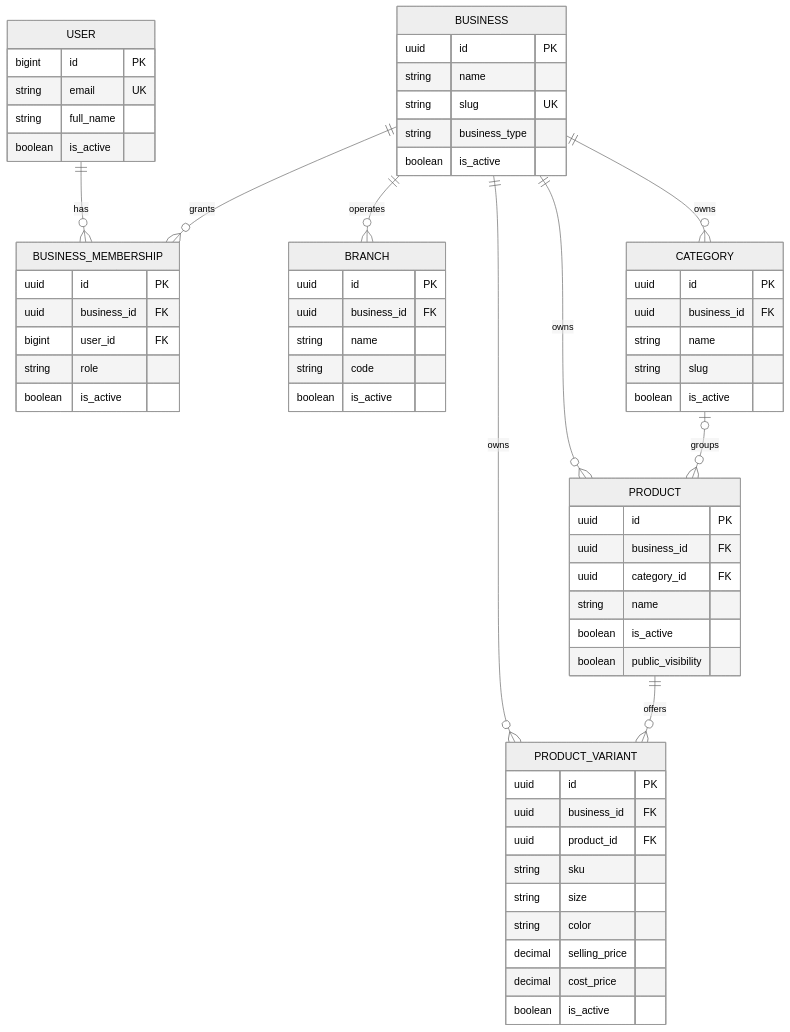
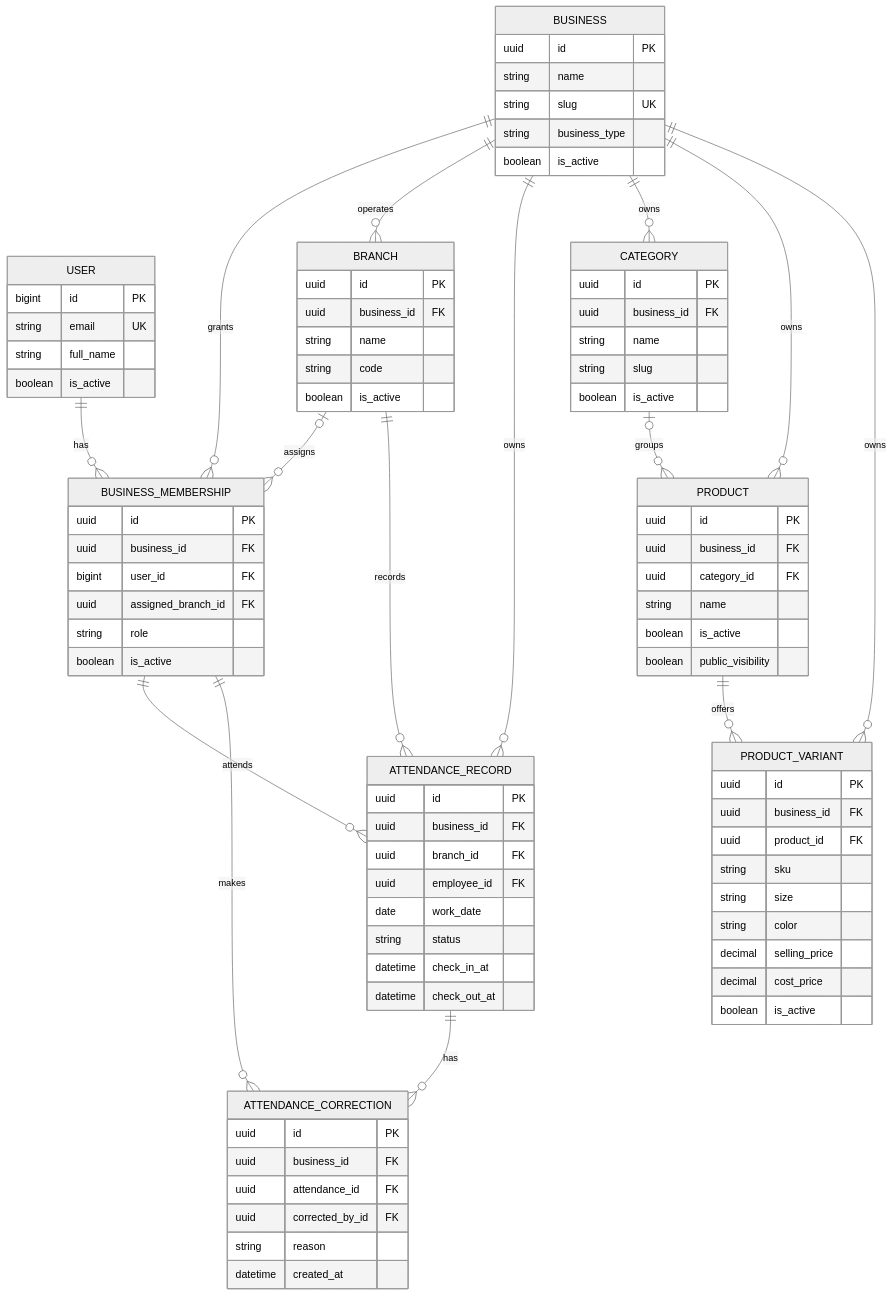
One commit to gutudgithub/Ife_Digital_Solution_V2 changed the diagram in docs/data-model.md. Above: the diagram before and after it, drawn with Mermaid (neutral theme). The commit also changed other lines of this file and 31 other files, not shown here.

```diff
--- a/docs/data-model.md
+++ b/docs/data-model.md
@@ -7,6 +7,12 @@
     USER ||--o{ BUSINESS_MEMBERSHIP : has
     BUSINESS ||--o{ BUSINESS_MEMBERSHIP : grants
     BUSINESS ||--o{ BRANCH : operates
+    BRANCH o|--o{ BUSINESS_MEMBERSHIP : assigns
+    BUSINESS ||--o{ ATTENDANCE_RECORD : owns
+    BRANCH ||--o{ ATTENDANCE_RECORD : records
+    BUSINESS_MEMBERSHIP ||--o{ ATTENDANCE_RECORD : attends
+    ATTENDANCE_RECORD ||--o{ ATTENDANCE_CORRECTION : has
+    BUSINESS_MEMBERSHIP ||--o{ ATTENDANCE_CORRECTION : makes
     BUSINESS ||--o{ CATEGORY : owns
     BUSINESS ||--o{ PRODUCT : owns
     BUSINESS ||--o{ PRODUCT_VARIANT : owns
@@ -37,8 +43,27 @@
         uuid id PK
         uuid business_id FK
         bigint user_id FK
+        uuid assigned_branch_id FK
         string role
         boolean is_active
+    }
+    ATTENDANCE_RECORD {
+        uuid id PK
+        uuid business_id FK
+        uuid branch_id FK
+        uuid employee_id FK
+        date work_date
+        string status
+        datetime check_in_at
+        datetime check_out_at
+    }
+    ATTENDANCE_CORRECTION {
+        uuid id PK
+        uuid business_id FK
+        uuid attendance_id FK
+        uuid corrected_by_id FK
+        string reason
+        datetime created_at
     }
     CATEGORY {
         uuid id PK
```
